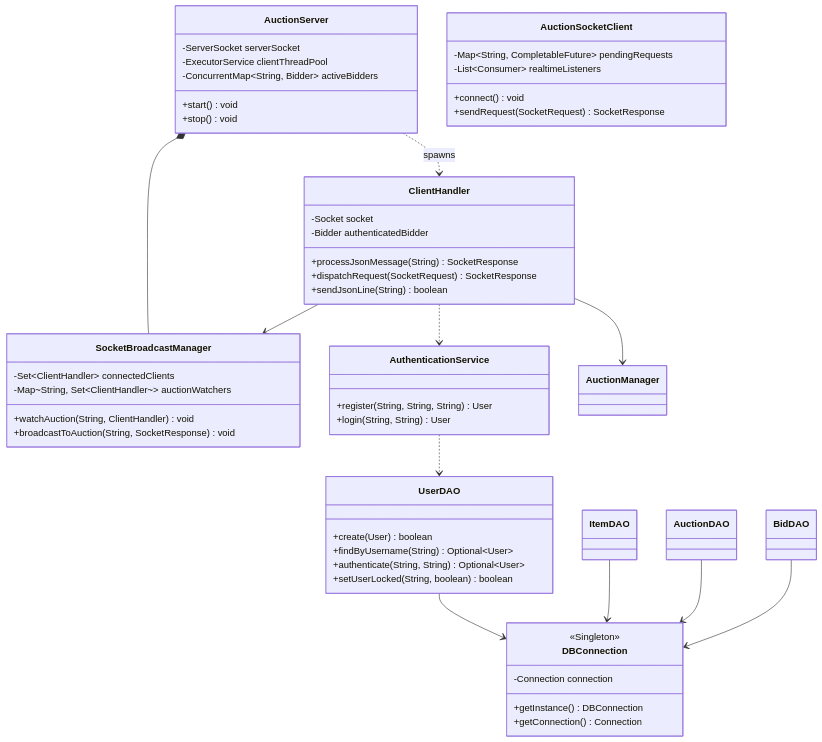
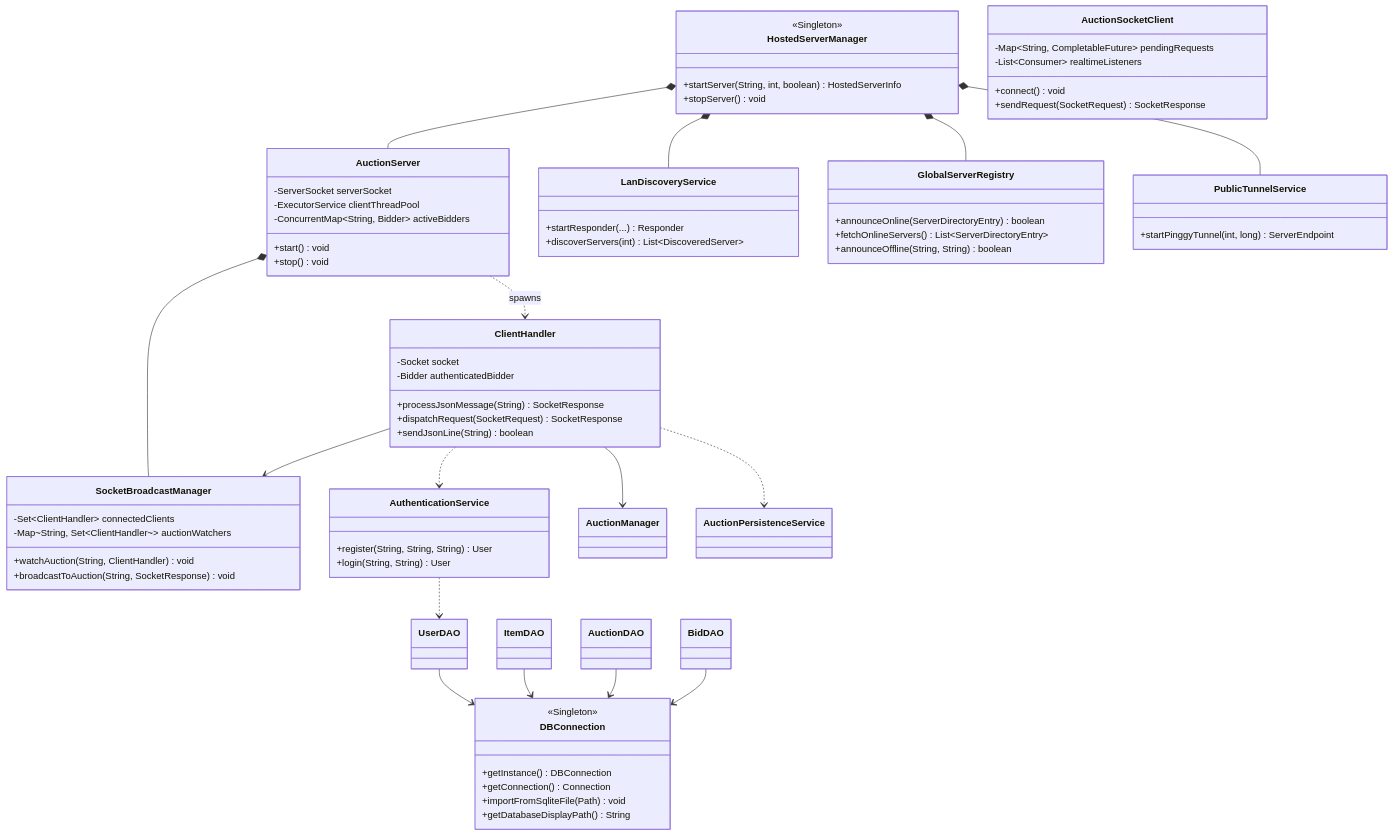
The third of 4 diagrams in README.md (manhmanu28-dotcom/ltnc-btl), drawn with Mermaid before and after one commit. The commit also changed other lines of this file, not shown here.

Commit message:
docs: update README for BIDION features, shared server and persistent database

````diff
--- a/README.md
+++ b/README.md
@@ -334,62 +367,82 @@
 ```mermaid
 classDiagram
+    class HostedServerManager {
+        <<Singleton>>
+        +startServer(String, int, boolean) HostedServerInfo
+        +stopServer() void
+    }
+
     class AuctionServer {
         -ServerSocket serverSocket
         -ExecutorService clientThreadPool
         -ConcurrentMap~String, Bidder~ activeBidders
         +start() void
         +stop() void
     }
 
     class ClientHandler {
         -Socket socket
         -Bidder authenticatedBidder
         +processJsonMessage(String) SocketResponse
         +dispatchRequest(SocketRequest) SocketResponse
         +sendJsonLine(String) boolean
     }
 
     class SocketBroadcastManager {
         -Set~ClientHandler~ connectedClients
         -Map~String, Set~ClientHandler~~ auctionWatchers
         +watchAuction(String, ClientHandler) void
         +broadcastToAuction(String, SocketResponse) void
     }
 
     class AuctionSocketClient {
         -Map~String, CompletableFuture~ pendingRequests
         -List~Consumer~ realtimeListeners
         +connect() void
         +sendRequest(SocketRequest) SocketResponse
     }
 
+    class LanDiscoveryService {
+        +startResponder(...) Responder
+        +discoverServers(int) List~DiscoveredServer~
+    }
+
+    class GlobalServerRegistry {
+        +announceOnline(ServerDirectoryEntry) boolean
+        +fetchOnlineServers() List~ServerDirectoryEntry~
+        +announceOffline(String, String) boolean
+    }
+
+    class PublicTunnelService {
+        +startPinggyTunnel(int, long) ServerEndpoint
+    }
+
     class DBConnection {
         <<Singleton>>
-        -Connection connection
         +getInstance() DBConnection
         +getConnection() Connection
+        +importFromSqliteFile(Path) void
+        +getDatabaseDisplayPath() String
     }
 
     class AuthenticationService {
         +register(String, String, String) User
         +login(String, String) User
     }
 
-    class UserDAO {
-        +create(User) boolean
-        +findByUsername(String) Optional~User~
-        +authenticate(String, String) Optional~User~
-        +setUserLocked(String, boolean) boolean
-    }
-
+    HostedServerManager *-- AuctionServer
+    HostedServerManager *-- LanDiscoveryService
+    HostedServerManager *-- GlobalServerRegistry
+    HostedServerManager *-- PublicTunnelService
     AuctionServer *-- SocketBroadcastManager
     AuctionServer ..> ClientHandler : spawns
     ClientHandler --> AuctionManager
     ClientHandler --> SocketBroadcastManager
     ClientHandler ..> AuthenticationService
+    ClientHandler ..> AuctionPersistenceService
     AuthenticationService ..> UserDAO
     UserDAO --> DBConnection
     ItemDAO --> DBConnection
     AuctionDAO --> DBConnection
     BidDAO --> DBConnection
 ```
````
